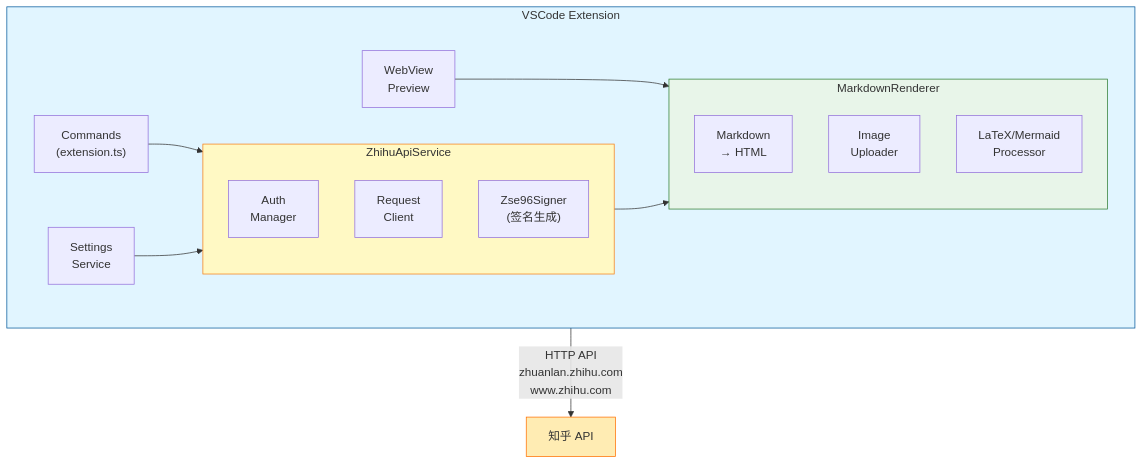
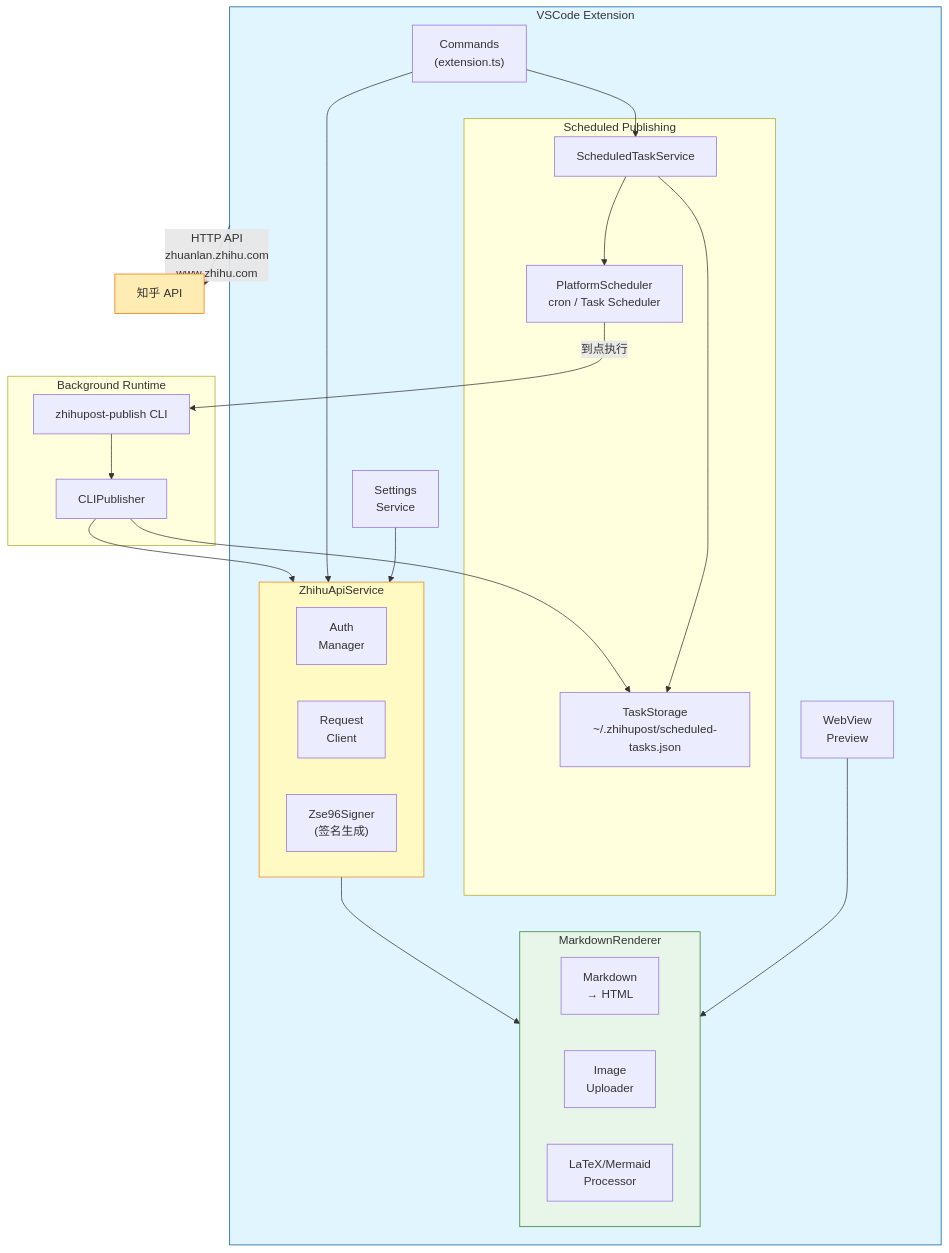
The first of 8 diagrams in docs/ARCHITECTURE.md (cygnusyang/zhihupost), drawn with Mermaid before and after one commit. The commit also changed other lines of this file and 2 other files, not shown here.

````diff
--- a/docs/ARCHITECTURE.md
+++ b/docs/ARCHITECTURE.md
@@ -9,32 +9,50 @@
 ```mermaid
 graph TB
     subgraph VSCode_Extension["VSCode Extension"]
         Commands["Commands<br/>(extension.ts)"]
         Settings["Settings<br/>Service"]
         WebView["WebView<br/>Preview"]
         
         subgraph ZhihuApiService["ZhihuApiService"]
             Auth["Auth<br/>Manager"]
             Request["Request<br/>Client"]
             Zse96Signer["Zse96Signer<br/>(签名生成)"]
         end
+
+        subgraph ScheduledPublishing["Scheduled Publishing"]
+            ScheduledTaskService["ScheduledTaskService"]
+            TaskStorage["TaskStorage<br/>~/.zhihupost/scheduled-tasks.json"]
+            PlatformScheduler["PlatformScheduler<br/>cron / Task Scheduler"]
+        end
         
         subgraph MarkdownRenderer["MarkdownRenderer"]
             MD2HTML["Markdown<br/>→ HTML"]
             ImageUploader["Image<br/>Uploader"]
             LatexMermaid["LaTeX/Mermaid<br/>Processor"]
         end
     end
+
+    subgraph BackgroundRuntime["Background Runtime"]
+        CLI["zhihupost-publish CLI"]
+        CLIPublisher["CLIPublisher"]
+    end
     
     Commands --> ZhihuApiService
+    Commands --> ScheduledTaskService
+    ScheduledTaskService --> TaskStorage
+    ScheduledTaskService --> PlatformScheduler
+    PlatformScheduler -->|"到点执行"| CLI
+    CLI --> CLIPublisher
+    CLIPublisher --> TaskStorage
+    CLIPublisher --> ZhihuApiService
     Settings --> ZhihuApiService
     WebView --> MarkdownRenderer
     ZhihuApiService --> MarkdownRenderer
     
     VSCode_Extension -->|"HTTP API<br/>zhuanlan.zhihu.com<br/>www.zhihu.com"| External["知乎 API"]
     
     style VSCode_Extension fill:#e1f5ff,stroke:#01579b
     style ZhihuApiService fill:#fff9c4,stroke:#f57f17
     style MarkdownRenderer fill:#e8f5e9,stroke:#2e7d32
     style External fill:#ffecb3,stroke:#ff6f00
 ```
````
